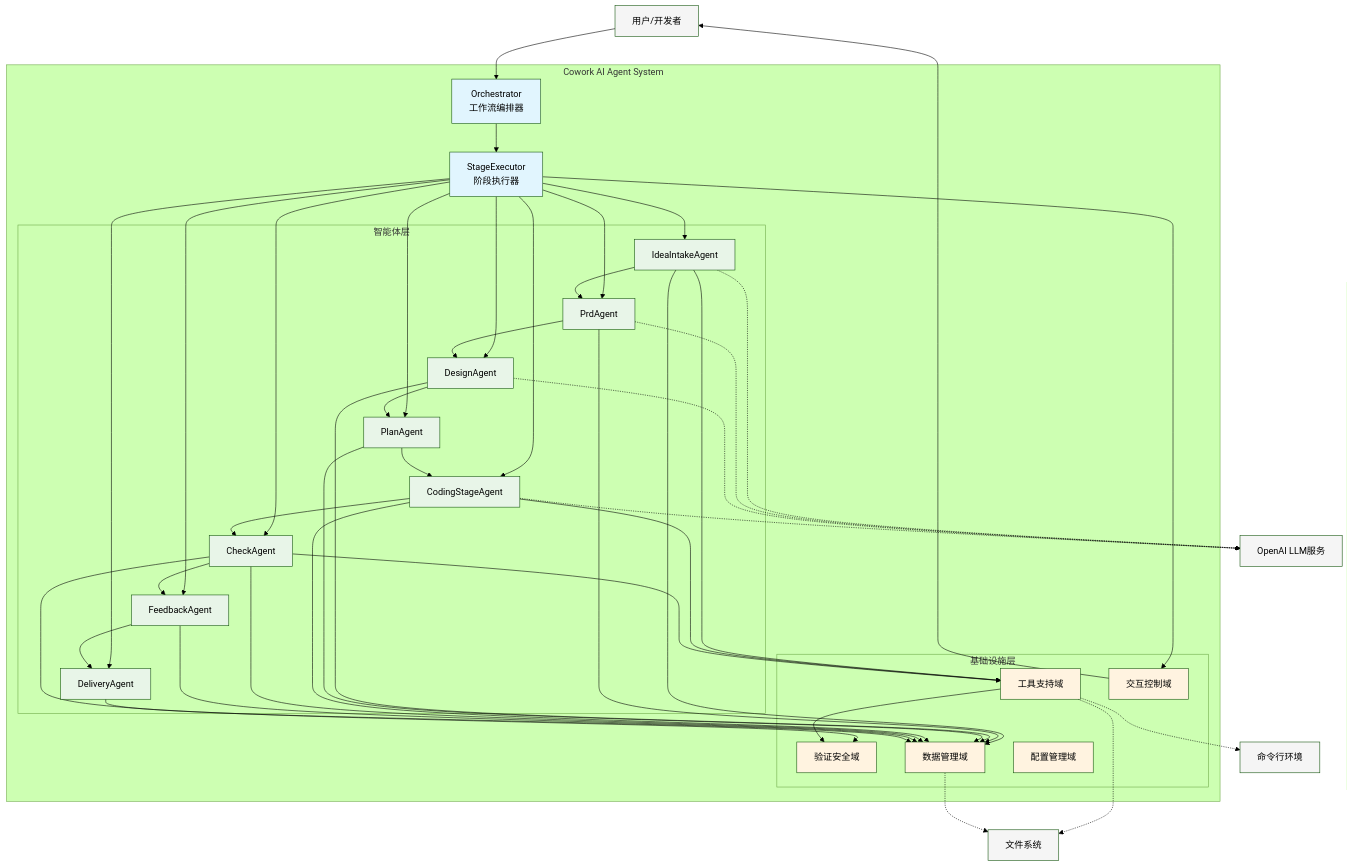
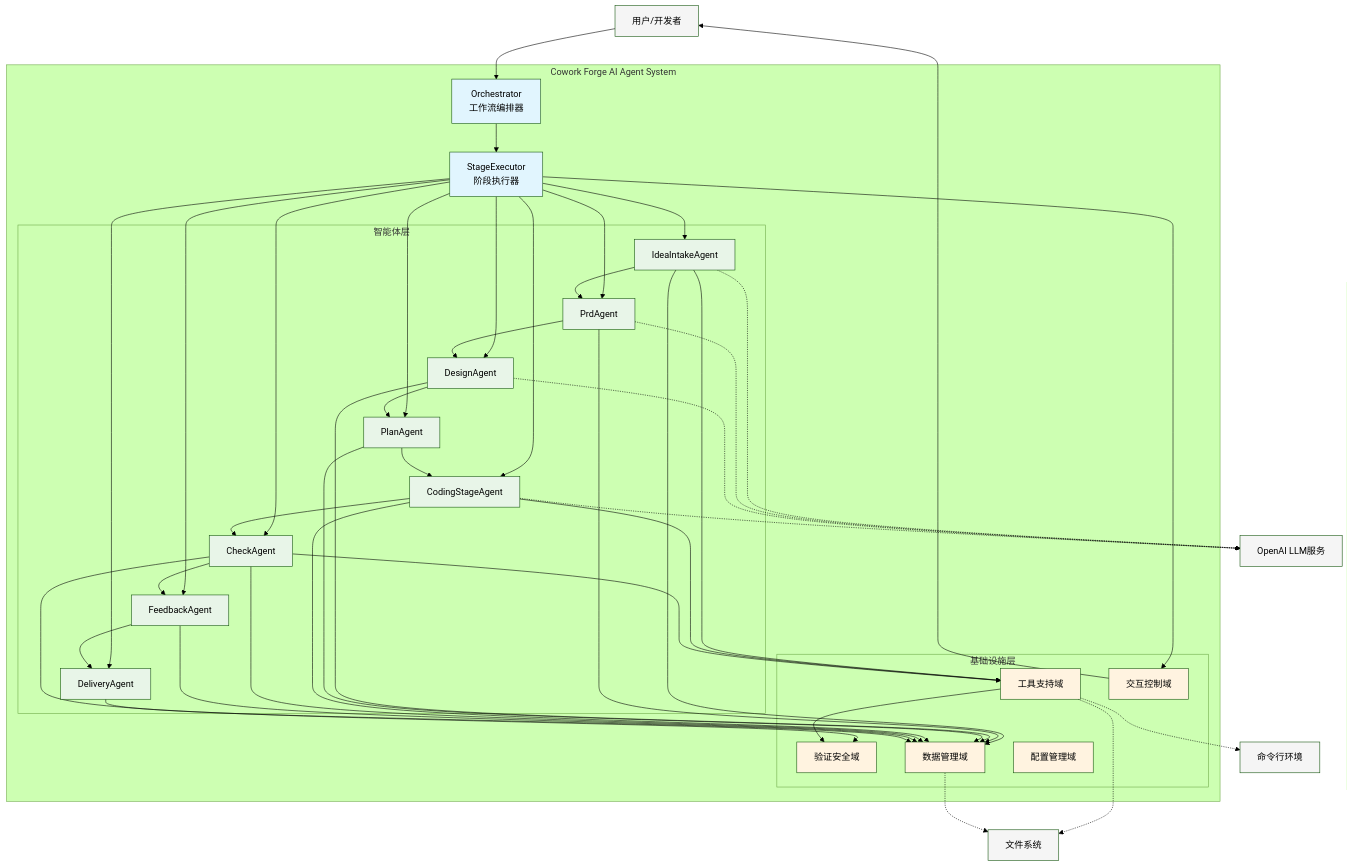
One commit to sopaco/cowork-forge changed the first of 8 diagrams in litho.docs/2、架构概览.md. Above: the diagram before and after it, drawn with Mermaid (forest theme). The commit also changed other lines of this file and 22 other files, not shown here.

Commit message:
update the identifier to cowork-forge

```diff
--- a/litho.docs/2、架构概览.md
+++ b/litho.docs/2、架构概览.md
@@ -35,7 +35,7 @@
     CLI[命令行环境]
     
     %% 系统边界
-    subgraph Cowork AI Agent System
+    subgraph Cowork Forge AI Agent System
         ORCH[Orchestrator<br/>工作流编排器]
         EXEC[StageExecutor<br/>阶段执行器]
         
```
